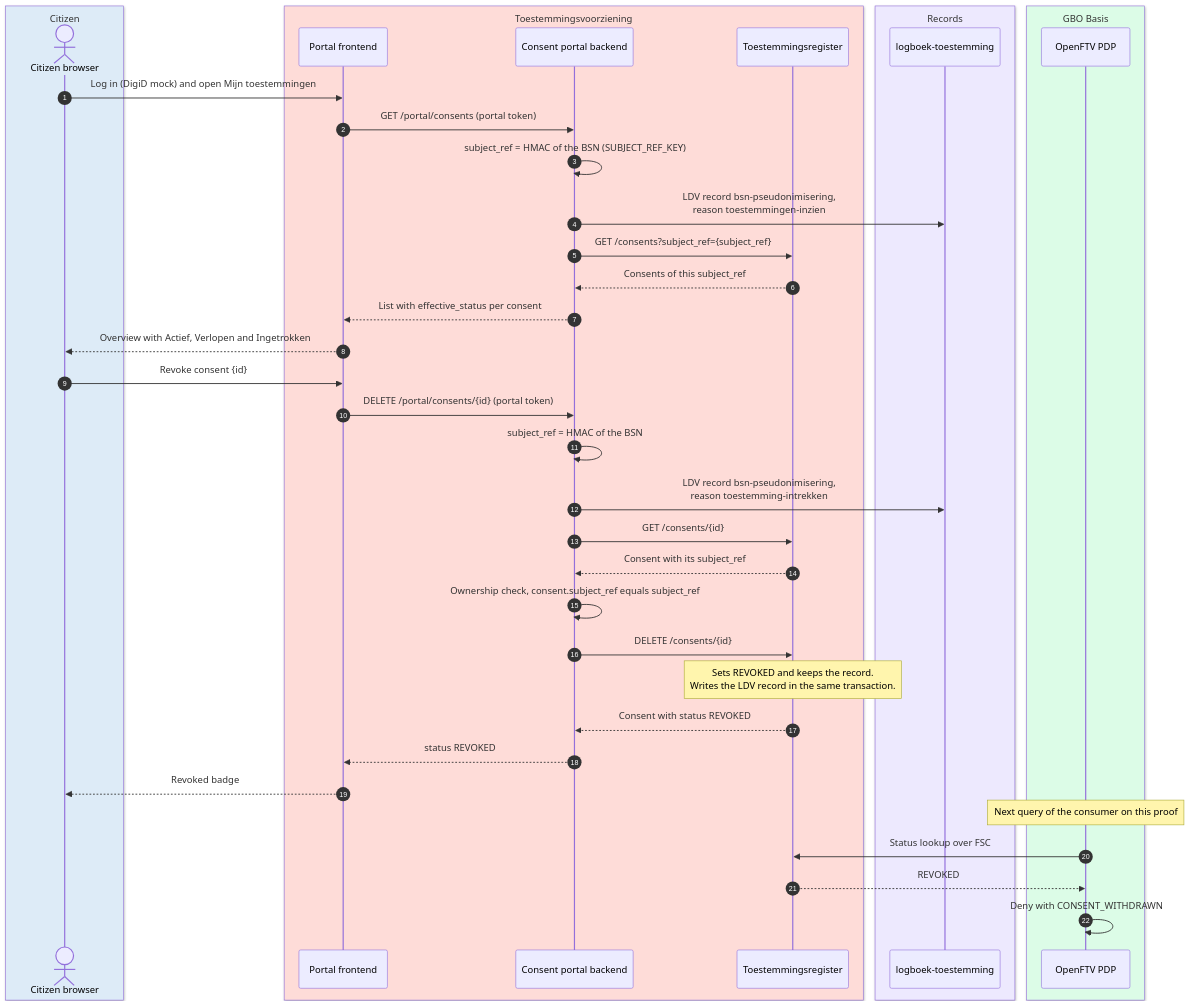
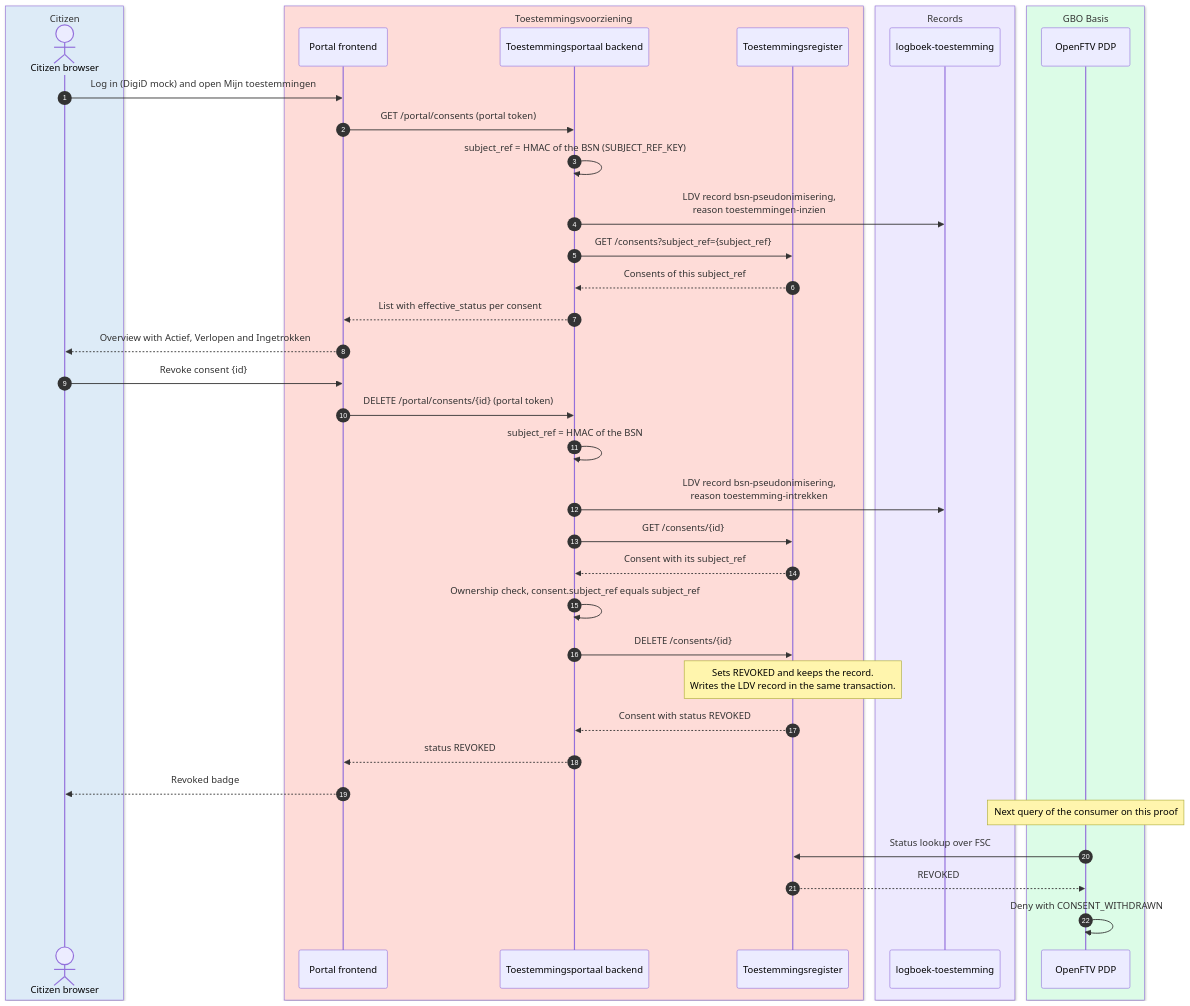
The diagram in docs/runtime/dvtp-citizen-access.md (ICTU/GBO-TO), drawn with Mermaid before and after one commit. The commit also changed 72 other files, not shown here.

````diff
--- a/docs/runtime/dvtp-citizen-access.md
+++ b/docs/runtime/dvtp-citizen-access.md
@@ -17,43 +17,43 @@
 ```mermaid
 sequenceDiagram
     autonumber
     box rgb(221,235,247) Citizen
       actor B as Citizen browser
     end
     box rgb(254,220,216) Toestemmingsvoorziening
       participant PF as Portal frontend
-      participant PB as Consent portal backend
+      participant PB as Toestemmingsportaal backend
       participant CR as Toestemmingsregister
     end
     box rgb(237,233,254) Records
       participant LB as logboek-toestemming
     end
     box rgb(220,252,231) GBO Basis
       participant PDP as OpenFTV PDP
     end
 
     B->>PF: Log in (DigiD mock) and open Mijn toestemmingen
     PF->>PB: GET /portal/consents (portal token)
     PB->>PB: subject_ref = HMAC of the BSN (SUBJECT_REF_KEY)
     PB->>LB: LDV record bsn-pseudonimisering,<br/>reason toestemmingen-inzien
     PB->>CR: GET /consents?subject_ref={subject_ref}
     CR-->>PB: Consents of this subject_ref
     PB-->>PF: List with effective_status per consent
     PF-->>B: Overview with Actief, Verlopen and Ingetrokken
     B->>PF: Revoke consent {id}
     PF->>PB: DELETE /portal/consents/{id} (portal token)
     PB->>PB: subject_ref = HMAC of the BSN
     PB->>LB: LDV record bsn-pseudonimisering,<br/>reason toestemming-intrekken
     PB->>CR: GET /consents/{id}
     CR-->>PB: Consent with its subject_ref
     PB->>PB: Ownership check, consent.subject_ref equals subject_ref
     PB->>CR: DELETE /consents/{id}
     Note over CR: Sets REVOKED and keeps the record.<br/>Writes the LDV record in the same transaction.
     CR-->>PB: Consent with status REVOKED
     PB-->>PF: status REVOKED
     PF-->>B: Revoked badge
     Note over PDP: Next query of the consumer on this proof
     PDP->>CR: Status lookup over FSC
     CR-->>PDP: REVOKED
     PDP->>PDP: Deny with CONSENT_WITHDRAWN
 ```
````
